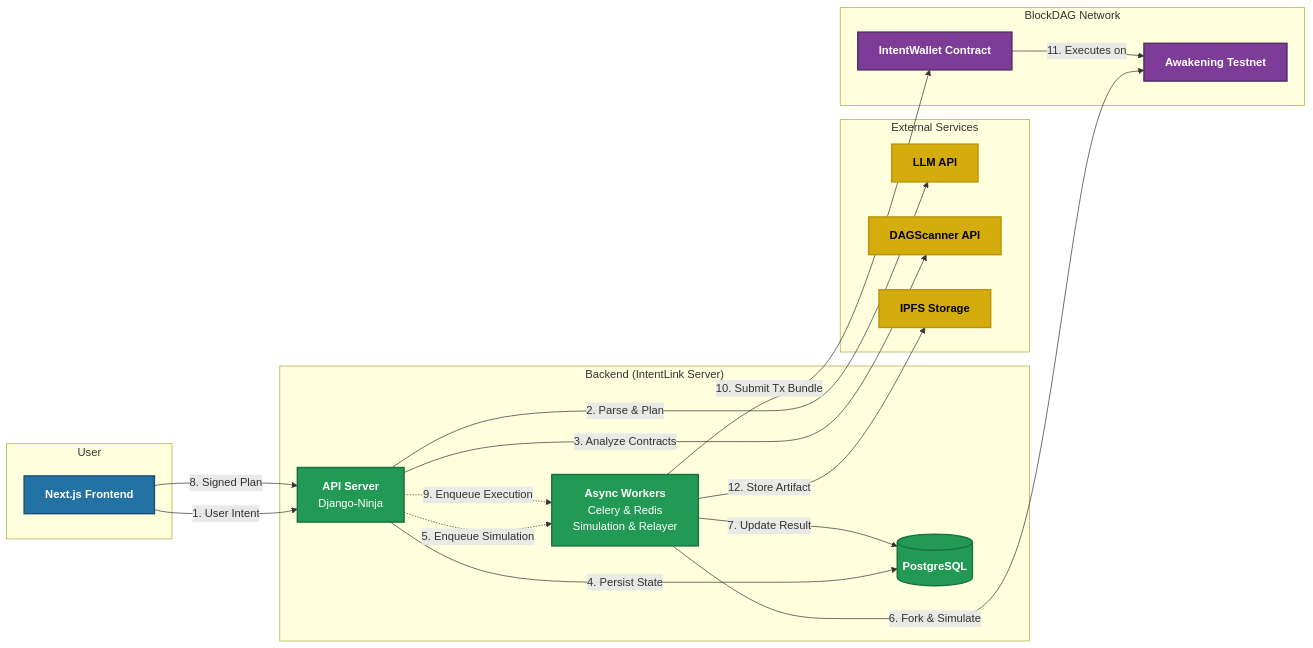
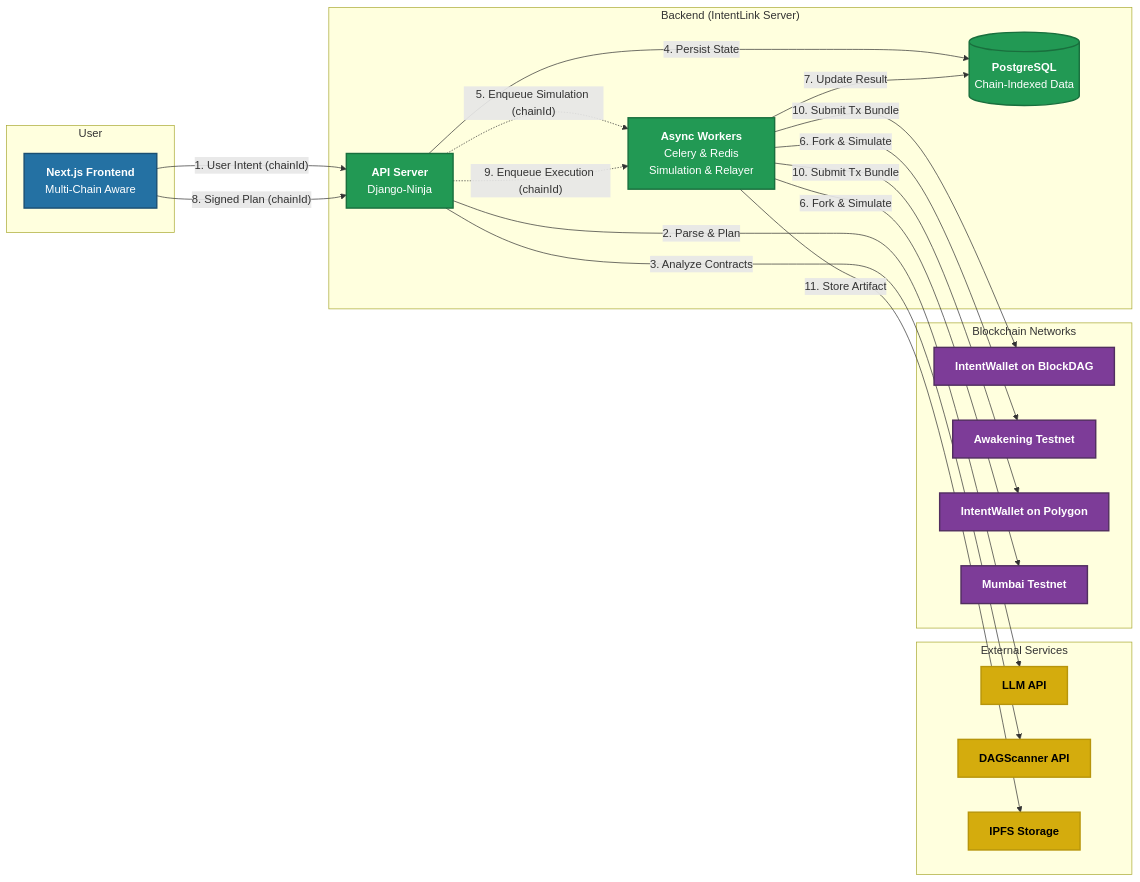
One commit to SheriffMudasir/IntentLink changed the diagram in README.md. Above: the diagram before and after it, drawn with Mermaid. The commit also changed other lines of this file, not shown here.

````diff
--- a/README.md
+++ b/README.md
@@ -63,50 +77,53 @@
 ```mermaid
 graph LR
     classDef user fill:#2471A3,color:#FFFFFF,stroke:#1B4F72,stroke-width:2px
     classDef backend fill:#229954,color:#FFFFFF,stroke:#196F3D,stroke-width:2px
     classDef external fill:#D4AC0D,color:#000000,stroke:#B7950B,stroke-width:2px
     classDef blockchain fill:#7D3C98,color:#FFFFFF,stroke:#512E5F,stroke-width:2px
 
     subgraph User
-        UI[<b>Next.js Frontend</b>]
+        UI[<b>Next.js Frontend</b><br/>Multi-Chain Aware]
     end
     class UI user
 
     subgraph "Backend (IntentLink Server)"
         API["<b>API Server</b><br/>Django-Ninja"]
         Async["<b>Async Workers</b><br/>Celery & Redis<br/>Simulation & Relayer"]
-        DB[(<b>PostgreSQL</b>)]
+        DB[(<b>PostgreSQL</b><br/>Chain-Indexed Data)]
     end
     class API,Async,DB backend
 
     subgraph "External Services"
         LLM[<b>LLM API</b>]
         DAGScanner[<b>DAGScanner API</b>]
         IPFS[<b>IPFS Storage</b>]
     end
     class LLM,DAGScanner,IPFS external
 
-    subgraph "BlockDAG Network"
-        Wallet[<b>IntentWallet Contract</b>]
-        Testnet[<b>Awakening Testnet</b>]
+    subgraph "Blockchain Networks"
+        BDAG_Wallet[<b>IntentWallet on BlockDAG</b>]
+        BDAG_Testnet[<b>Awakening Testnet</b>]
+        POLY_Wallet[<b>IntentWallet on Polygon</b>]
+        POLY_Testnet[<b>Mumbai Testnet</b>]
     end
-    class Wallet,Testnet blockchain
+    class BDAG_Wallet,BDAG_Testnet,POLY_Wallet,POLY_Testnet blockchain
 
     %% --- Main Flows ---
-    UI -- "1. User Intent" --> API
+    UI -- "1. User Intent (chainId)" --> API
     
     API -- "2. Parse & Plan" --> LLM
     API -- "3. Analyze Contracts" --> DAGScanner
     API -- "4. Persist State" --> DB
 
-    API -. "5. Enqueue Simulation" .-> Async
-    Async -- "6. Fork & Simulate" --> Testnet
+    API -. "5. Enqueue Simulation (chainId)" .-> Async
+    Async -- "6. Fork & Simulate" --> BDAG_Testnet
+    Async -- "6. Fork & Simulate" --> POLY_Testnet
     Async -- "7. Update Result" --> DB
 
-    UI -- "8. Signed Plan" --> API
-    API -. "9. Enqueue Execution" .-> Async
+    UI -- "8. Signed Plan (chainId)" --> API
+    API -. "9. Enqueue Execution (chainId)" .-> Async
 
-    Async -- "10. Submit Tx Bundle" --> Wallet
-    Wallet -- "11. Executes on" --> Testnet
-    Async -- "12. Store Artifact" --> IPFS
+    Async -- "10. Submit Tx Bundle" --> BDAG_Wallet
+    Async -- "10. Submit Tx Bundle" --> POLY_Wallet
+    Async -- "11. Store Artifact" --> IPFS
 ```
````
